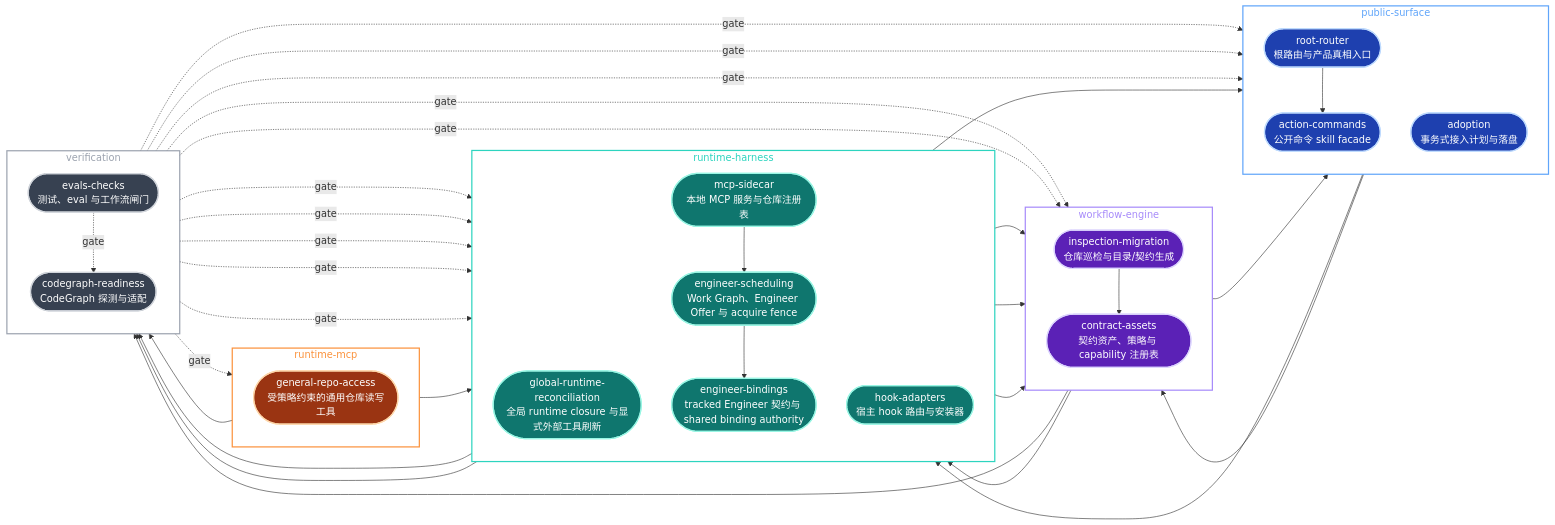
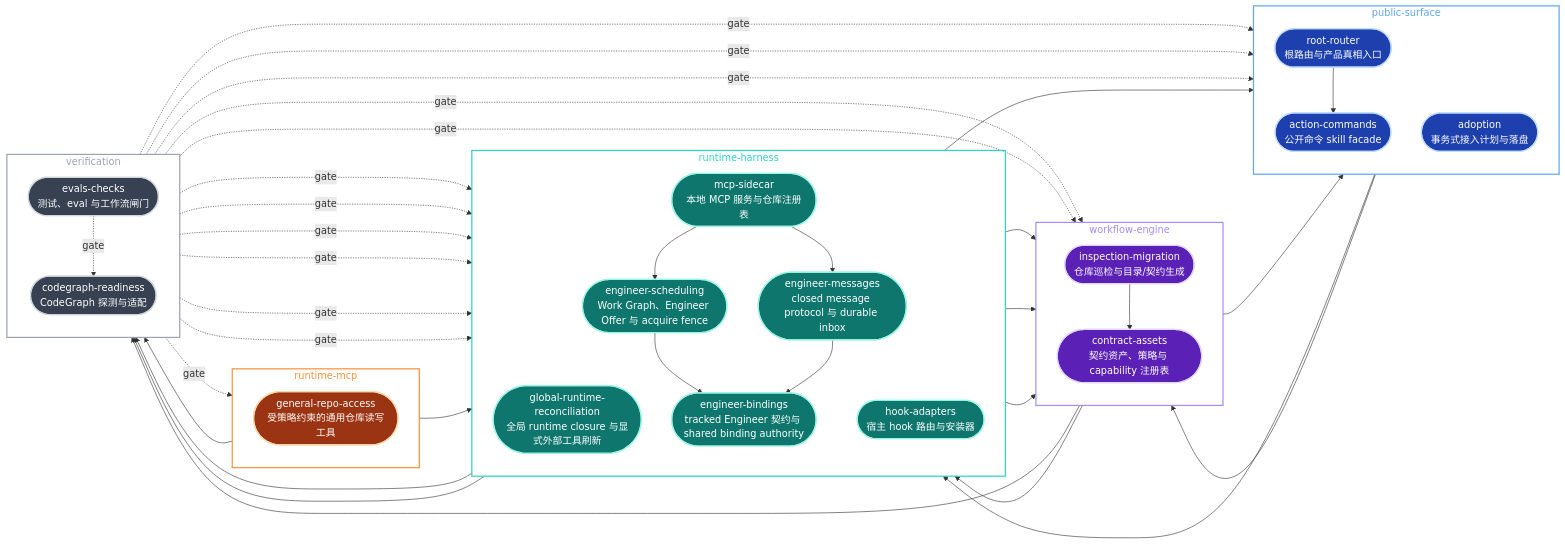
One commit to Ancienttwo/repo-harness changed the diagram in docs/architecture/index.md. Above: the diagram before and after it, drawn with Mermaid. The commit also changed other lines of this file and 38 other files, not shown here.

Commit message:
feat(engineers): add durable module inbox

````diff
--- a/docs/architecture/index.md
+++ b/docs/architecture/index.md
@@ -105,78 +105,82 @@
 ```mermaid
 flowchart LR
   classDef surface fill:#1e40af,stroke:#bfdbfe,stroke-width:2px,color:#fff
   classDef engine fill:#5b21b6,stroke:#ddd6fe,stroke-width:2px,color:#fff
   classDef harness fill:#0f766e,stroke:#99f6e4,stroke-width:2px,color:#fff
   classDef mcp fill:#9a3412,stroke:#fed7aa,stroke-width:2px,color:#fff
   classDef verify fill:#374151,stroke:#d1d5db,stroke-width:2px,color:#fff
 
   subgraph PS["public-surface"]
     direction TB
     RootRouter(["root-router<br/>根路由与产品真相入口"]):::surface
     ActionCommands(["action-commands<br/>公开命令 skill facade"]):::surface
     Adoption(["adoption<br/>事务式接入计划与落盘"]):::surface
   end
 
   subgraph WE["workflow-engine"]
     direction TB
     InspectionMigration(["inspection-migration<br/>仓库巡检与目录/契约生成"]):::engine
     ContractAssets(["contract-assets<br/>契约资产、策略与 capability 注册表"]):::engine
   end
 
   subgraph RH["runtime-harness"]
     direction TB
     GlobalRuntime(["global-runtime-reconciliation<br/>全局 runtime closure 与显式外部工具刷新"]):::harness
     EngineerBindings(["engineer-bindings<br/>tracked Engineer 契约与 shared binding authority"]):::harness
+    EngineerMessages(["engineer-messages<br/>closed message protocol 与 durable inbox"]):::harness
     EngineerScheduling(["engineer-scheduling<br/>Work Graph、Engineer Offer 与 acquire fence"]):::harness
     HookAdapters(["hook-adapters<br/>宿主 hook 路由与安装器"]):::harness
     McpSidecar(["mcp-sidecar<br/>本地 MCP 服务与仓库注册表"]):::harness
   end
 
   subgraph RM["runtime-mcp"]
     direction TB
     GeneralRepoAccess(["general-repo-access<br/>受策略约束的通用仓库读写工具"]):::mcp
   end
 
   subgraph VF["verification"]
     direction TB
     CodegraphReadiness(["codegraph-readiness<br/>CodeGraph 探测与适配"]):::verify
     EvalsChecks(["evals-checks<br/>测试、eval 与工作流闸门"]):::verify
   end
 
   RootRouter --> ActionCommands
   ContractAssets --> Adoption
   ContractAssets --> HookAdapters
   ContractAssets --> CodegraphReadiness
   GlobalRuntime --> ContractAssets
   GlobalRuntime --> CodegraphReadiness
   InspectionMigration --> ContractAssets
   Adoption --> ContractAssets
   Adoption --> McpSidecar
   HookAdapters --> ContractAssets
   HookAdapters --> ActionCommands
   EngineerScheduling --> EngineerBindings
+  EngineerMessages --> EngineerBindings
+  McpSidecar --> EngineerMessages
   McpSidecar --> EngineerScheduling
   McpSidecar --> ContractAssets
   McpSidecar --> CodegraphReadiness
   GeneralRepoAccess --> McpSidecar
   GeneralRepoAccess --> CodegraphReadiness
 
   EvalsChecks -.->|gate| RootRouter
   EvalsChecks -.->|gate| ActionCommands
   EvalsChecks -.->|gate| Adoption
   EvalsChecks -.->|gate| InspectionMigration
   EvalsChecks -.->|gate| ContractAssets
   EvalsChecks -.->|gate| GlobalRuntime
   EvalsChecks -.->|gate| EngineerBindings
+  EvalsChecks -.->|gate| EngineerMessages
   EvalsChecks -.->|gate| EngineerScheduling
   EvalsChecks -.->|gate| HookAdapters
   EvalsChecks -.->|gate| McpSidecar
   EvalsChecks -.->|gate| GeneralRepoAccess
   EvalsChecks -.->|gate| CodegraphReadiness
 
   style PS fill:none,stroke:#60a5fa,stroke-width:2px,color:#60a5fa
   style WE fill:none,stroke:#a78bfa,stroke-width:2px,color:#a78bfa
   style RH fill:none,stroke:#2dd4bf,stroke-width:2px,color:#2dd4bf
   style RM fill:none,stroke:#fb923c,stroke-width:2px,color:#fb923c
   style VF fill:none,stroke:#9ca3af,stroke-width:2px,color:#9ca3af
 ```
````
